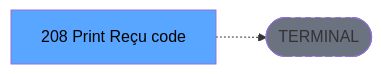
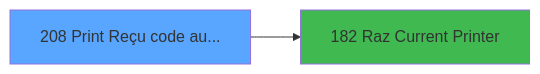
Before and after one commit to thonyAGP/magic-migration: the third of 3 diagrams in .openspec/specs/ADH-IDE-208.md, drawn with Mermaid. The commit also changed other lines of this file and 253 other files, not shown here.

````diff
--- a/.openspec/specs/ADH-IDE-208.md
+++ b/.openspec/specs/ADH-IDE-208.md
@@ -135,8 +436,8 @@
 ```mermaid
 graph LR
-    T[208 Print Reçu code]
-    TERM([TERMINAL])
-    T -.-> TERM
-    style TERM fill:#6b7280,stroke-dasharray: 5 5
-    style T fill:#58a6ff,color:#000
+    T208[208 Print Reçu code au...]
+    style T208 fill:#58a6ff
+    C182[182 Raz Current Printer]
+    T208 --> C182
+    style C182 fill:#3fb950
 ```
````
